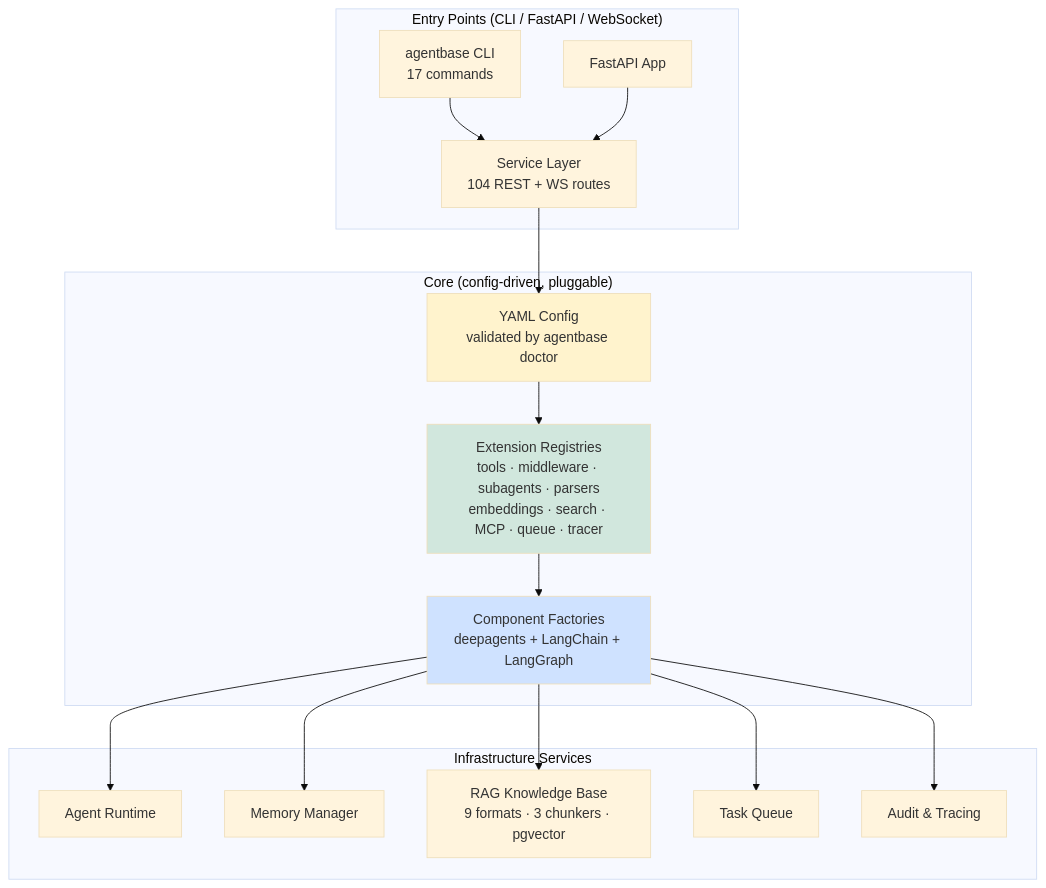
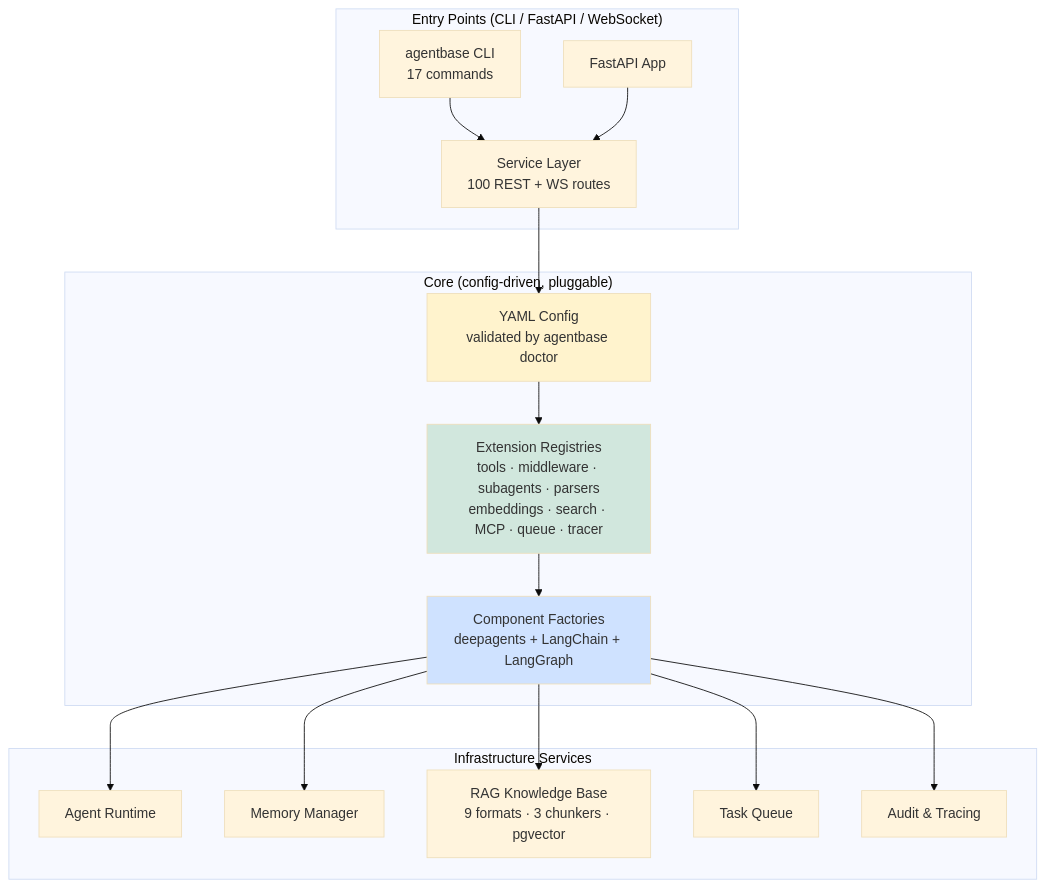
The diagram in README.md (LPK3215/agentbase), drawn with Mermaid (base theme) before and after one commit. The commit also changed other lines of this file and 2 other files, not shown here.

Commit message:
docs: fix data inconsistencies — API routes 104→100, registries 17→25, coverage 74%→79%, core-services 14→25; add missing provider rows (audit, experiment, redaction, secrets, tool, subagent, middleware) to backend-boundaries section 7

````diff
--- a/README.md
+++ b/README.md
@@ -35,25 +35,25 @@
 ```mermaid
 graph TD
     subgraph "Entry Points (CLI / FastAPI / WebSocket)"
-        A[agentbase CLI<br/>17 commands] --> C[Service Layer<br/>104 REST + WS routes]
+        A[agentbase CLI<br/>17 commands] --> C[Service Layer<br/>100 REST + WS routes]
         B[FastAPI App] --> C
     end
 
     subgraph "Core (config-driven, pluggable)"
         C --> D[YAML Config<br/>validated by agentbase doctor]
         D --> E[Extension Registries<br/>tools · middleware · subagents · parsers<br/>embeddings · search · MCP · queue · tracer]
         E --> F[Component Factories<br/>deepagents + LangChain + LangGraph]
     end
 
     subgraph "Infrastructure Services"
         F --> G[Agent Runtime]
         F --> H[Memory Manager]
         F --> I[RAG Knowledge Base<br/>9 formats · 3 chunkers · pgvector]
         F --> J[Task Queue]
         F --> K[Audit & Tracing]
     end
 
     style D fill:#fff3cd
     style E fill:#d1e7dd
     style F fill:#cfe2ff
 ```
````
